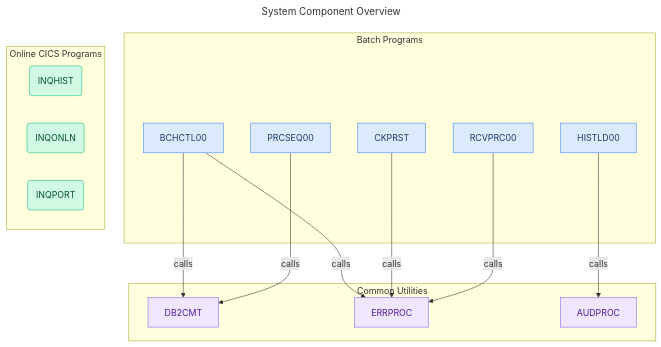
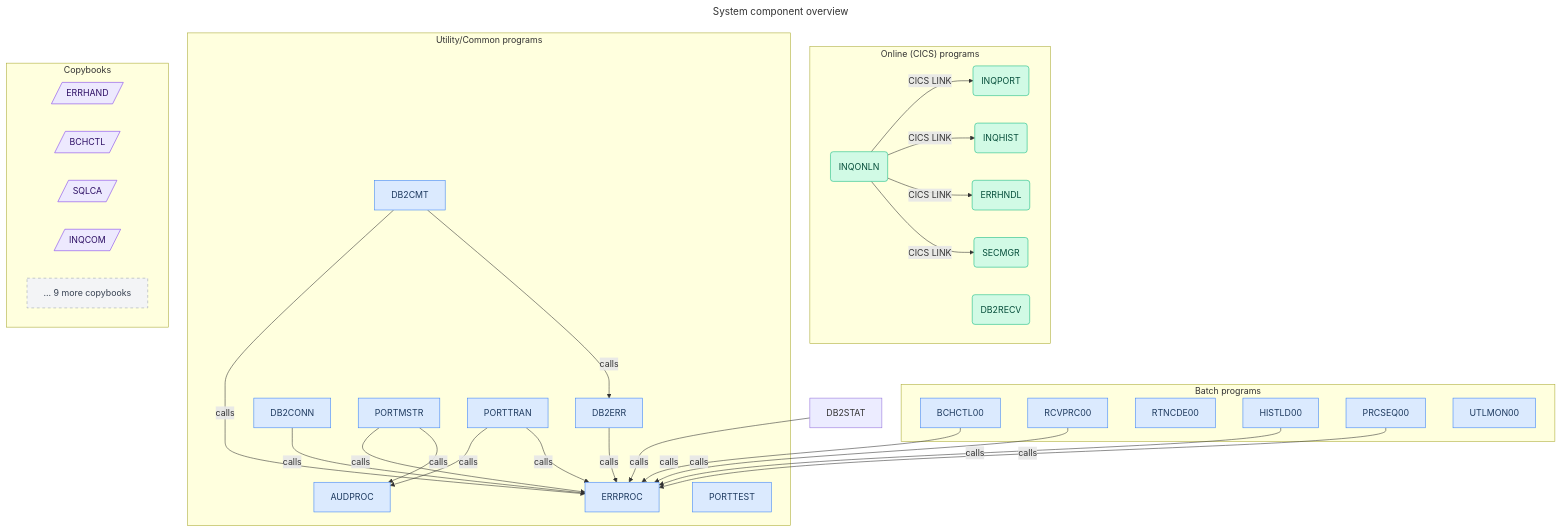
One commit to Udaradg/legacy-modernization-harness changed the first of 8 diagrams in output/final_report/brd.md. Above: the diagram before and after it, drawn with Mermaid. The commit also changed other lines of this file and 202 other files, not shown here.

````diff
--- a/output/final_report/brd.md
+++ b/output/final_report/brd.md
@@ -104,40 +118,70 @@
 ```mermaid
 ---
-title: System Component Overview
+title: System component overview
 ---
 flowchart TD
-  %% Generated by 6_diagram agent — component-mapper skill
-  %% Showing 42 programs and 106 call edges
+  %% Showing top 20 of 36 programs by connectivity
+  %% Generated by 6_diagram agent -- component-mapper skill
 
   classDef batch   fill:#dbeafe,stroke:#3b82f6,color:#1e3a5f
   classDef online  fill:#d1fae5,stroke:#10b981,color:#064e3b
-  classDef common  fill:#f0e7ff,stroke:#8b5cf6,color:#4c1d95
-  classDef external fill:#f3f4f6,stroke:#9ca3af,color:#374151
+  classDef copybook fill:#ede9fe,stroke:#7c3aed,color:#2e1065
+  classDef datastore fill:#fef3c7,stroke:#f59e0b,color:#451a03
+  classDef external fill:#f3f4f6,stroke:#9ca3af,color:#374151,stroke-dasharray:5 5
+  classDef jcl     fill:#ede9fe,stroke:#7c3aed,color:#2e1065
 
-  subgraph BATCH["Batch Programs"]
-    BCHCTL00["BCHCTL00"]:::batch
-    CKPRST["CKPRST"]:::batch
-    HISTLD00["HISTLD00"]:::batch
-    PRCSEQ00["PRCSEQ00"]:::batch
-    RCVPRC00["RCVPRC00"]:::batch
+  subgraph BATCH["Batch programs"]
+    BCHCTL00[BCHCTL00]:::batch
+    RCVPRC00[RCVPRC00]:::batch
+    RTNCDE00[RTNCDE00]:::batch
+    HISTLD00[HISTLD00]:::batch
+    PRCSEQ00[PRCSEQ00]:::batch
+    UTLMON00[UTLMON00]:::batch
   end
 
-  subgraph ONLINE["Online CICS Programs"]
-    INQHIST("INQHIST"):::online
-    INQONLN("INQONLN"):::online
-    INQPORT("INQPORT"):::online
+  subgraph ONLINE["Online (CICS) programs"]
+    INQONLN(INQONLN):::online
+    INQHIST(INQHIST):::online
+    INQPORT(INQPORT):::online
+    SECMGR(SECMGR):::online
+    DB2RECV(DB2RECV):::online
+    ERRHNDL(ERRHNDL):::online
   end
 
-  subgraph COMMON["Common Utilities"]
-    DB2CMT["DB2CMT"]:::common
-    ERRPROC["ERRPROC"]:::common
-    AUDPROC["AUDPROC"]:::common
+  subgraph UTIL["Utility/Common programs"]
+    ERRPROC[ERRPROC]:::batch
+    DB2ERR[DB2ERR]:::batch
+    DB2CMT[DB2CMT]:::batch
+    DB2CONN[DB2CONN]:::batch
+    AUDPROC[AUDPROC]:::batch
+    PORTMSTR[PORTMSTR]:::batch
+    PORTTEST[PORTTEST]:::batch
+    PORTTRAN[PORTTRAN]:::batch
   end
 
+  subgraph COPYBOOKS["Copybooks"]
+    ERRHAND[/ERRHAND/]:::copybook
+    BCHCTL[/BCHCTL/]:::copybook
+    SQLCA[/SQLCA/]:::copybook
+    INQCOM[/INQCOM/]:::copybook
+    OMITTED_CB["... 9 more copybooks"]:::external
+  end
+
+  DB2CMT -->|calls| ERRPROC
+  DB2CMT -->|calls| DB2ERR
+  DB2ERR -->|calls| ERRPROC
   BCHCTL00 -->|calls| ERRPROC
-  BCHCTL00 -->|calls| DB2CMT
-  CKPRST -->|calls| ERRPROC
-  HISTLD00 -->|calls| AUDPROC
-  PRCSEQ00 -->|calls| DB2CMT
+  DB2STAT -->|calls| ERRPROC
+  HISTLD00 -->|calls| ERRPROC
+  DB2CONN -->|calls| ERRPROC
+  PORTMSTR -->|calls| ERRPROC
+  PORTMSTR -->|calls| AUDPROC
+  PORTTRAN -->|calls| AUDPROC
+  PORTTRAN -->|calls| ERRPROC
+  PRCSEQ00 -->|calls| ERRPROC
   RCVPRC00 -->|calls| ERRPROC
+  INQONLN -->|CICS LINK| INQPORT
+  INQONLN -->|CICS LINK| INQHIST
+  INQONLN -->|CICS LINK| ERRHNDL
+  INQONLN -->|CICS LINK| SECMGR
 ```
````
